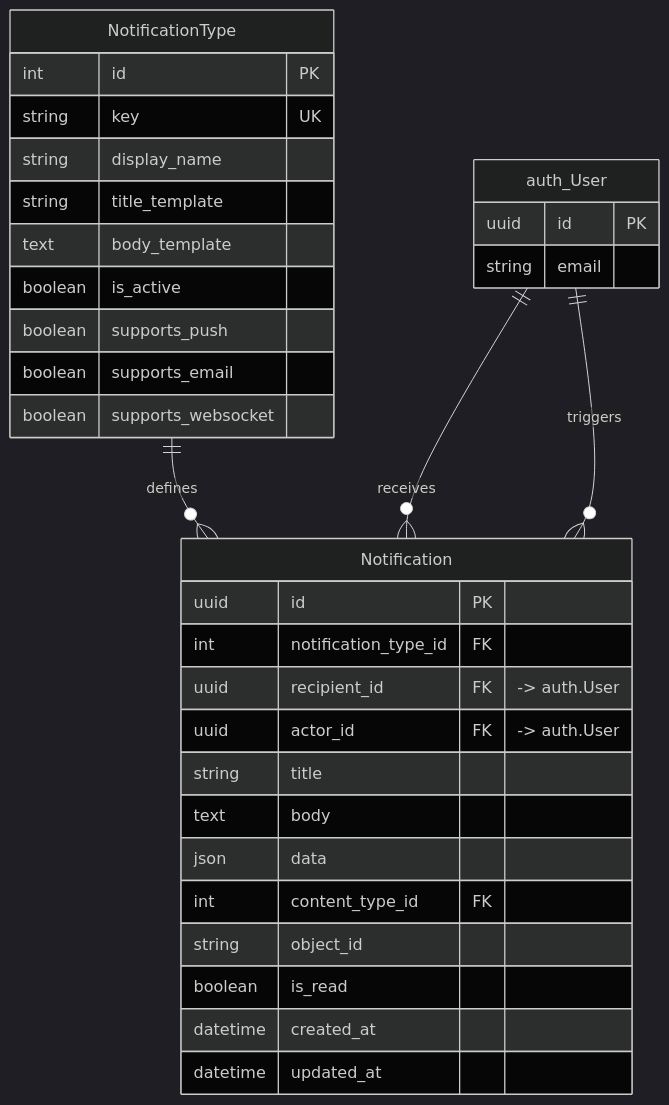
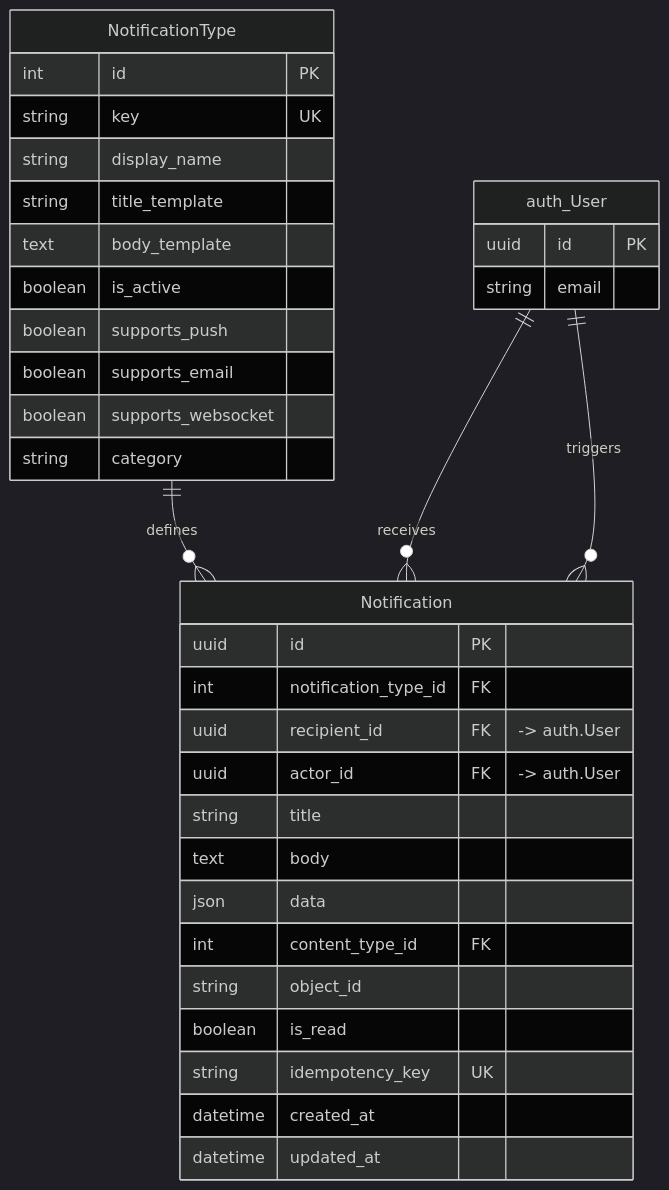
The first of 7 diagrams in app/notifications/ARCHITECTURE.md (vuongdovu/soundwalkbackend), drawn with Mermaid (dark theme) before and after one commit. The commit also changed other lines of this file and 18 other files, not shown here.

````diff
--- a/app/notifications/ARCHITECTURE.md
+++ b/app/notifications/ARCHITECTURE.md
@@ -29,36 +32,38 @@
 ```mermaid
 erDiagram
     NotificationType {
         int id PK
         string key UK
         string display_name
         string title_template
         text body_template
         boolean is_active
         boolean supports_push
         boolean supports_email
         boolean supports_websocket
+        string category
     }
     Notification {
         uuid id PK
         int notification_type_id FK
         uuid recipient_id FK "-> auth.User"
         uuid actor_id FK "-> auth.User"
         string title
         text body
         json data
         int content_type_id FK
         string object_id
         boolean is_read
+        string idempotency_key UK
         datetime created_at
         datetime updated_at
     }
     auth_User {
         uuid id PK
         string email
     }
 
     NotificationType ||--o{ Notification : "defines"
     auth_User ||--o{ Notification : "receives"
     auth_User ||--o{ Notification : "triggers"
 ```
````
